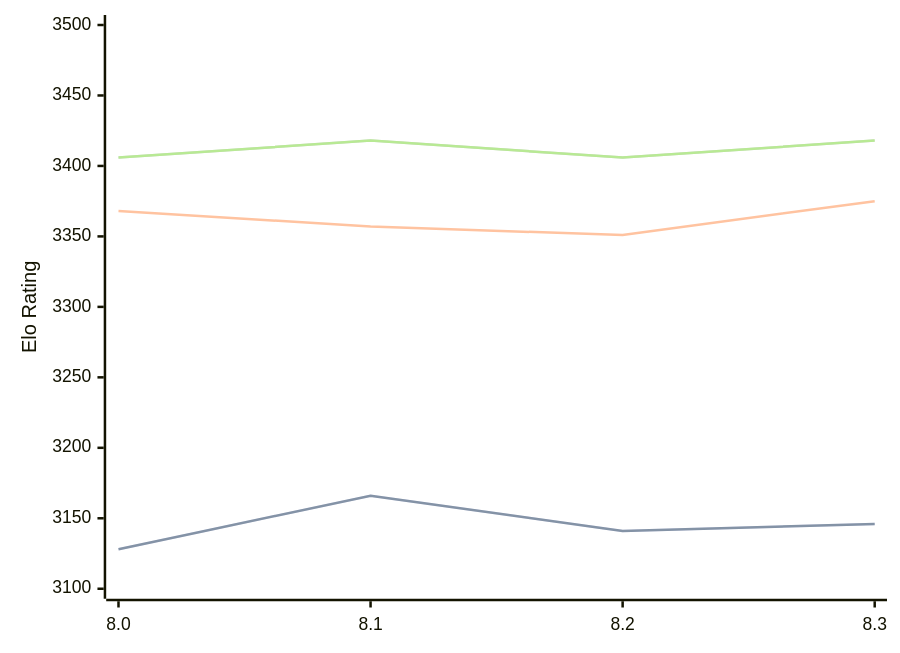
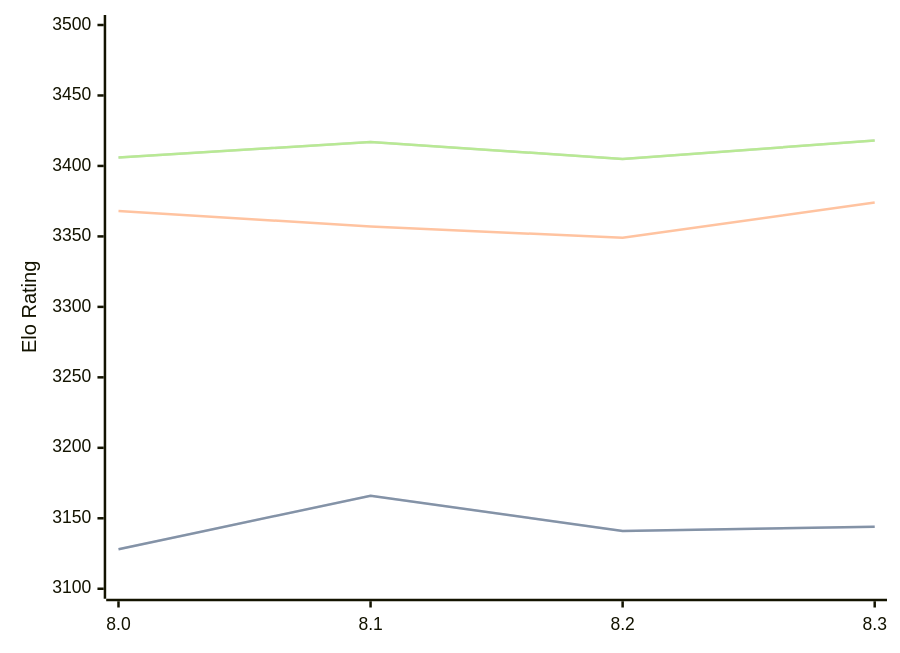
The diagram in engines/Alexander.md (computer-chess-index/cci), drawn with Mermaid before and after one commit. The commit also changed other lines of this file, not shown here.

Commit message:
Update CCI Ratings (ELO VLTC) - 2026-07-27

````diff
--- a/engines/Alexander.md
+++ b/engines/Alexander.md
@@ -48,11 +48,11 @@
 ```mermaid
 %%{init: {"theme":"base","themeVariables":{"seriesColors:['#a3a3a3','#222221','#faa371']}}}%%
 xychart-beta
   x-axis ["8.0", "8.1", "8.2", "8.3"]
   y-axis "Elo Rating" 3100 --> 3500
-  line "STC (8.0+0.08s)" [3128, 3166, 3141, 3146]
-  line "STC (8.0+0.08s)" [3128, 3166, 3141, 3146]
-  line "LTC (60.0+0.60s)" [3368, 3357, 3351, 3375]
-  line "VLTC (2m24s+1.12s)" [3406, 3418, 3406, 3418]
-  line "VLTC (2m24s+1.12s)" [3406, 3418, 3406, 3418]
+  line "STC (8.0+0.08s)" [3128, 3166, 3141, 3144]
+  line "STC (8.0+0.08s)" [3128, 3166, 3141, 3144]
+  line "LTC (60.0+0.60s)" [3368, 3357, 3349, 3374]
+  line "VLTC (2m24s+1.12s)" [3406, 3417, 3405, 3418]
+  line "VLTC (2m24s+1.12s)" [3406, 3417, 3405, 3418]
 ```
````
